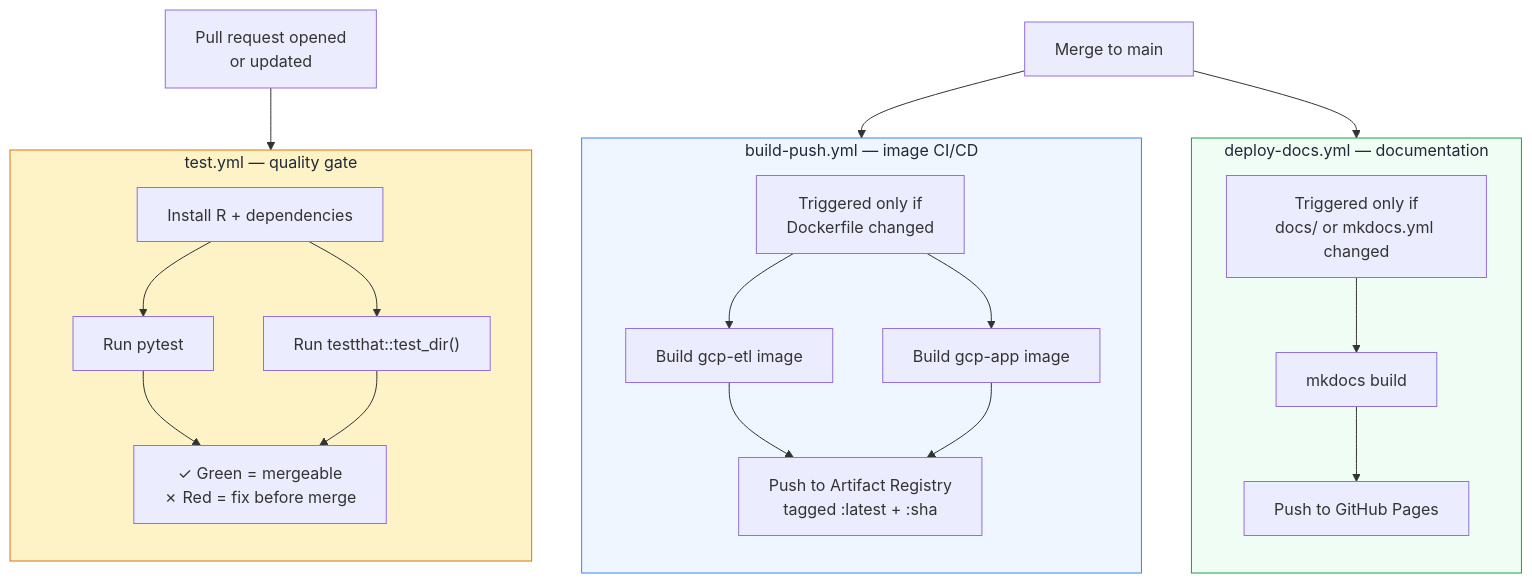
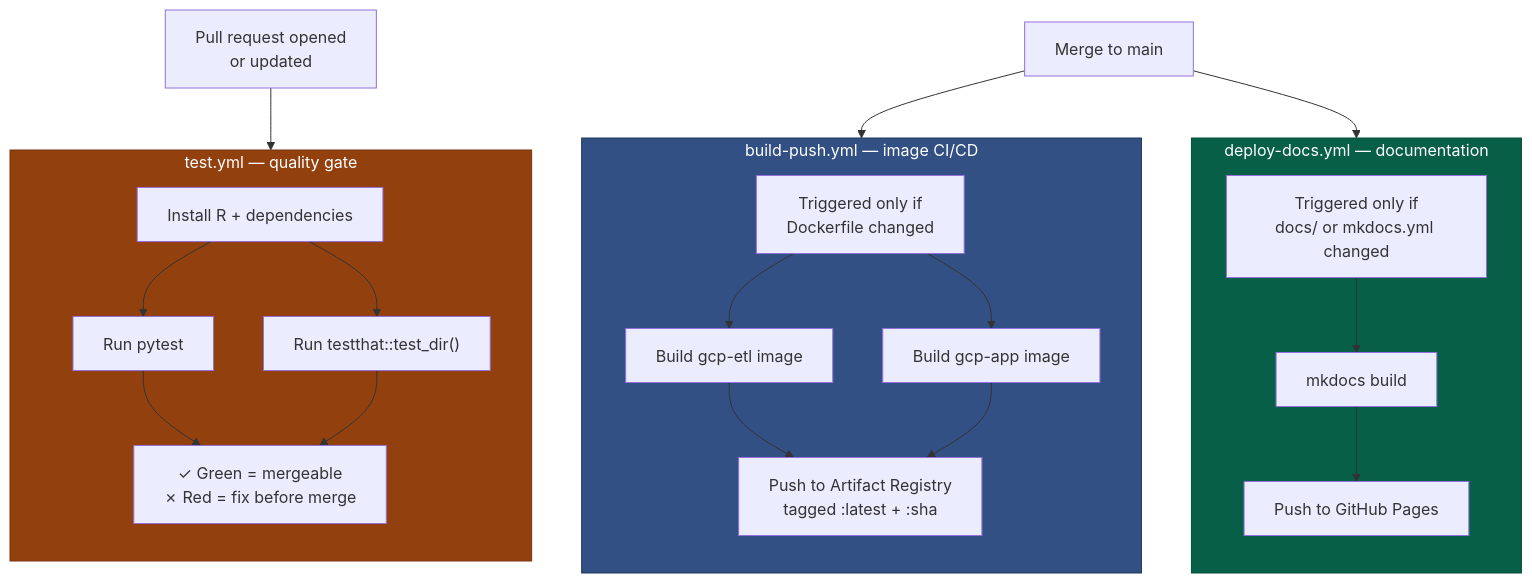
The second of 2 diagrams in docs/github-actions.md (Ch3w3y/docker_gcp), drawn with Mermaid before and after one commit. The commit also changed 8 other files, not shown here.

First line of the commit message:
fix(a11y): replace all pastel Mermaid fills with PHW-aligned semantic palette

````diff
--- a/docs/github-actions.md
+++ b/docs/github-actions.md
@@ -86,40 +86,40 @@
 ```mermaid
 flowchart TD
     PR["Pull request opened<br/>or updated"]
     MERGE["Merge to main"]
 
     PR --> TEST
     MERGE --> BUILD
     MERGE --> DEPLOY
 
     subgraph TEST["test.yml — quality gate"]
         direction TB
         T1["Install R + dependencies"]
         T2["Run testthat::test_dir()"]
         T3["Run pytest"]
         T1 --> T2 & T3
         T3 --> RESULT["✓ Green = mergeable<br/>✗ Red = fix before merge"]
         T2 --> RESULT
     end
 
     subgraph BUILD["build-push.yml — image CI/CD"]
         direction TB
         B1["Triggered only if<br/>Dockerfile changed"]
         B2["Build gcp-etl image"]
         B3["Build gcp-app image"]
         B4["Push to Artifact Registry<br/>tagged :latest + :sha"]
         B1 --> B2 & B3 --> B4
     end
 
     subgraph DEPLOY["deploy-docs.yml — documentation"]
         direction TB
         D1["Triggered only if<br/>docs/ or mkdocs.yml changed"]
         D2["mkdocs build"]
         D3["Push to GitHub Pages"]
         D1 --> D2 --> D3
     end
 
-    style TEST fill:#fef3c7,stroke:#d97706,color:#1f2937
-    style BUILD fill:#eff6ff,stroke:#3b82f6,color:#1f2937
-    style DEPLOY fill:#f0fdf4,stroke:#16a34a,color:#1f2937
+    style TEST fill:#92400e,stroke:#78350f,color:#ffffff
+    style BUILD fill:#325083,stroke:#1e3a5f,color:#ffffff
+    style DEPLOY fill:#065f46,stroke:#064e3b,color:#ffffff
 ```
````
